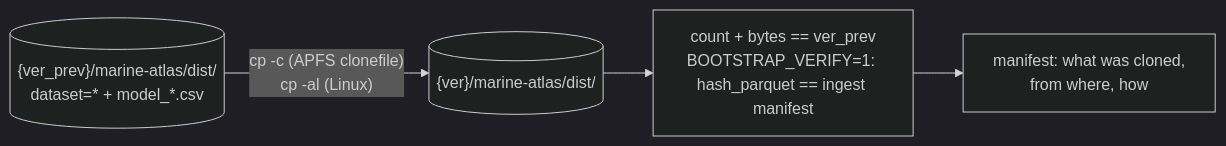
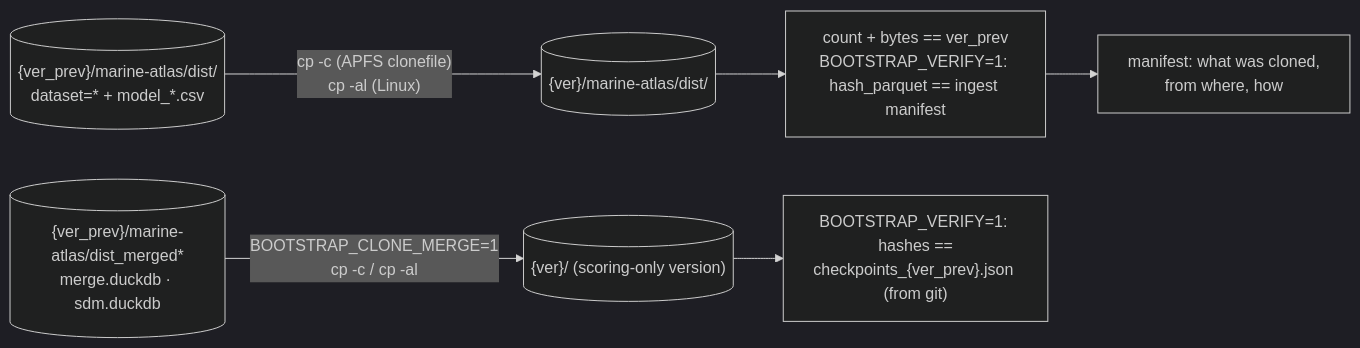
The diagram in bootstrap_version.qmd (MarineSensitivity/workflows), drawn with Mermaid (dark theme) before and after one commit. The commit also changed other lines of this file and 17 other files, not shown here.

````diff
--- a/bootstrap_version.qmd
+++ b/bootstrap_version.qmd
@@ -32,8 +35,10 @@
 ```{mermaid}
 %%| label: fig-design
 %%| fig-cap: "Same-grid version bump: clone the unchanged ingests (copy-on-write) so they resume, verify against the ingest checkpoints"
 flowchart LR
   prev[("{ver_prev}/marine-atlas/dist/<br/>dataset=* + model_*.csv")] -->|"cp -c (APFS clonefile)<br/>cp -al (Linux)"| cur[("{ver}/marine-atlas/dist/")]
   cur --> chk["count + bytes == ver_prev<br/>BOOTSTRAP_VERIFY=1: hash_parquet == ingest manifest"]
+  prev2[("{ver_prev}/marine-atlas/dist_merged*<br/>merge.duckdb · sdm.duckdb")] -->|"BOOTSTRAP_CLONE_MERGE=1<br/>cp -c / cp -al"| cur2[("{ver}/ (scoring-only version)")]
+  cur2 --> chk2["BOOTSTRAP_VERIFY=1: hashes ==<br/>checkpoints_{ver_prev}.json (from git)"]
   chk --> mf["manifest: what was cloned,<br/>from where, how"]
 ```
````
